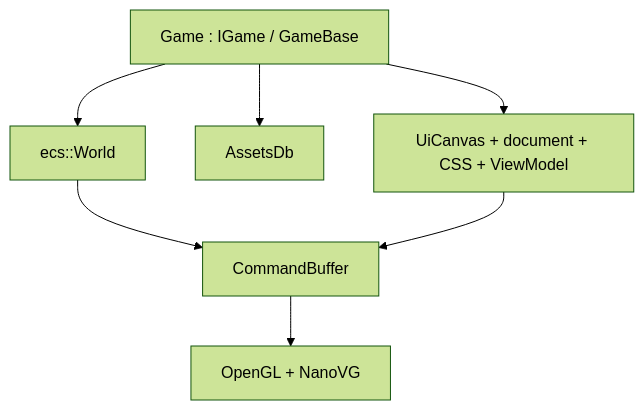
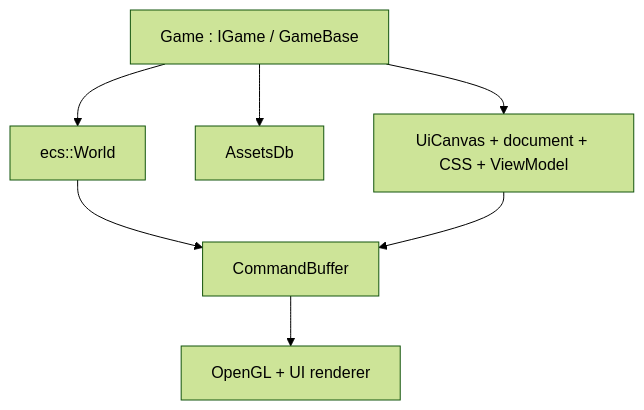
The diagram in docs/tech/architecture/Overview.md (wismh/wind-engine), drawn with Mermaid (forest theme) before and after one commit. The commit also changed other lines of this file and 26 other files, not shown here.

````diff
--- a/docs/tech/architecture/Overview.md
+++ b/docs/tech/architecture/Overview.md
@@ -9,16 +9,16 @@
 ```mermaid
 flowchart TB
   Game["Game : IGame / GameBase"]
   World["ecs::World"]
   Assets["AssetsDb"]
   UI["UiCanvas + document + CSS + ViewModel"]
   Cmd["CommandBuffer"]
-  GL["OpenGL + NanoVG"]
+  GL["OpenGL + UI renderer"]
 
   Game --> World
   Game --> Assets
   Game --> UI
   World --> Cmd
   UI --> Cmd
   Cmd --> GL
 ```
````
